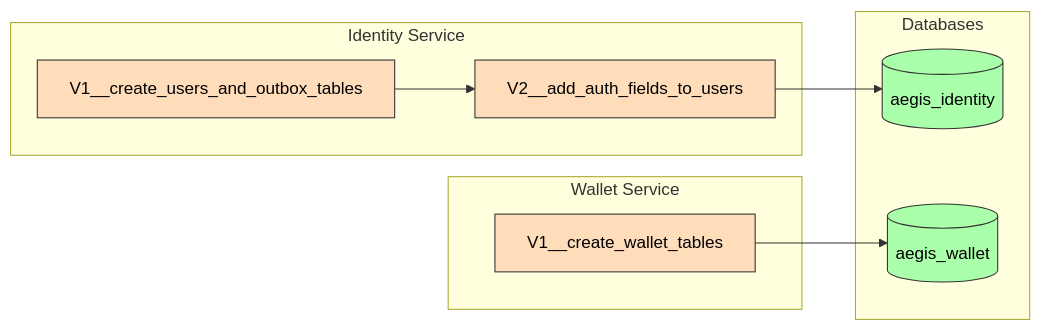
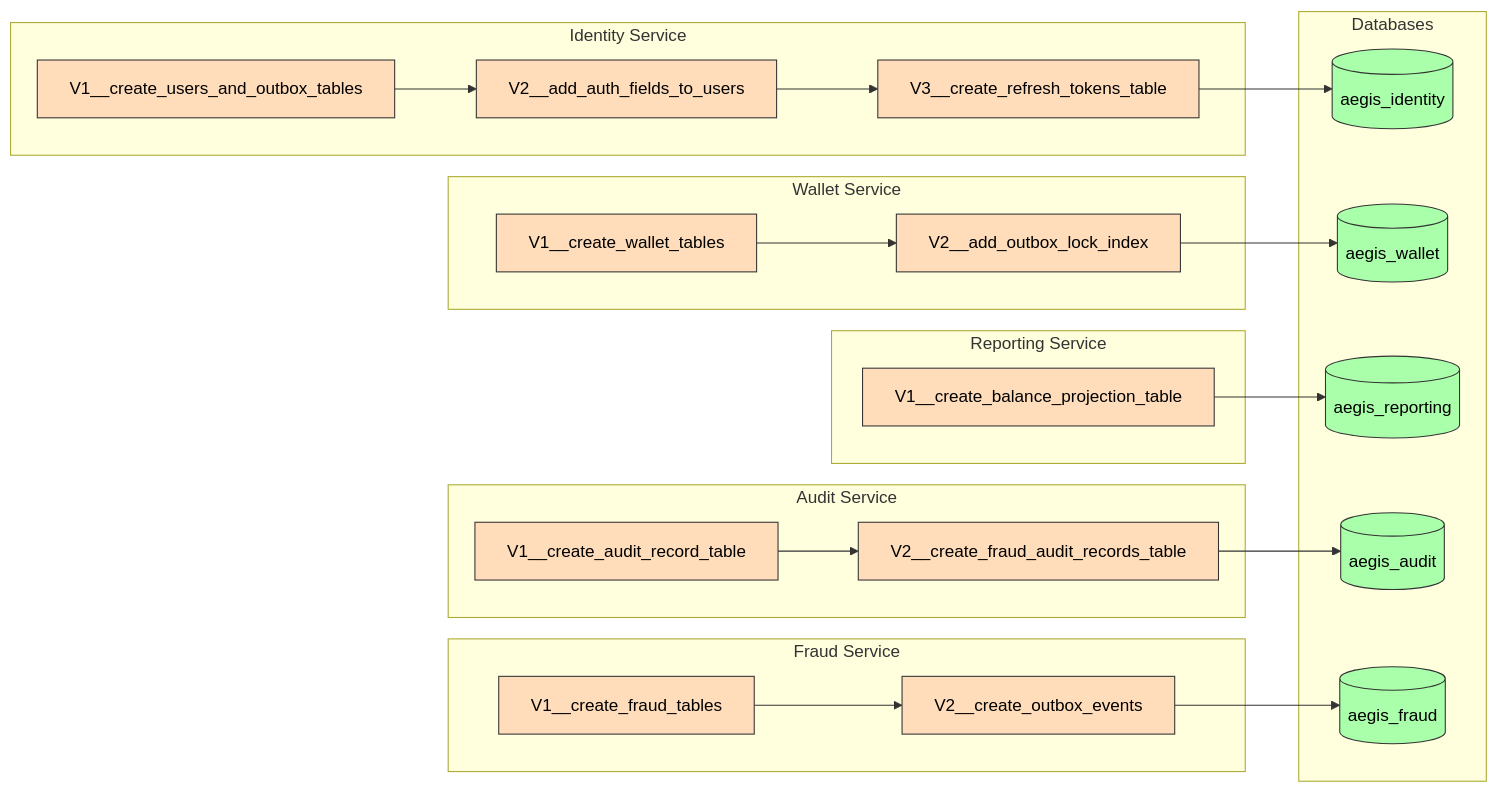
The diagram in docs/obsidian/05 - Infrastructure/Flyway Migrations.md (AlexAlvarezGallardo-GitHub/Aegis), drawn with Mermaid before and after one commit. The commit also changed other lines of this file and 3 other files, not shown here.

````diff
--- a/docs/obsidian/05 - Infrastructure/Flyway Migrations.md
+++ b/docs/obsidian/05 - Infrastructure/Flyway Migrations.md
@@ -9,22 +9,54 @@
 ```mermaid
 graph LR
     subgraph "Identity Service"
         IV1["V1__create_users_and_outbox_tables"]
         IV2["V2__add_auth_fields_to_users"]
-        IV1 --> IV2
+        IV3["V3__create_refresh_tokens_table"]
+        IV1 --> IV2 --> IV3
     end
     subgraph "Wallet Service"
         WV1["V1__create_wallet_tables"]
+        WV2["V2__add_outbox_lock_index"]
+        WV1 --> WV2
+    end
+    subgraph "Reporting Service"
+        RV1["V1__create_balance_projection_table"]
+    end
+    subgraph "Audit Service"
+        AV1["V1__create_audit_record_table"]
+        AV2["V2__create_fraud_audit_records_table"]
+        AV1 --> AV2
+    end
+    subgraph "Fraud Service"
+        FV1["V1__create_fraud_tables"]
+        FV2["V2__create_outbox_events"]
+        FV1 --> FV2
     end
     subgraph "Databases"
         IDDB[(aegis_identity)]
         WDB[(aegis_wallet)]
+        RDB[(aegis_reporting)]
+        ADB[(aegis_audit)]
+        FDB[(aegis_fraud)]
     end
-    IV2 --> IDDB
-    WV1 --> WDB
+    IV3 --> IDDB
+    WV2 --> WDB
+    RV1 --> RDB
+    AV2 --> ADB
+    FV2 --> FDB
     style IDDB fill:#afa,stroke:#333,color:#000
     style WDB fill:#afa,stroke:#333,color:#000
+    style RDB fill:#afa,stroke:#333,color:#000
+    style ADB fill:#afa,stroke:#333,color:#000
+    style FDB fill:#afa,stroke:#333,color:#000
     style IV1 fill:#fdb,stroke:#333,color:#000
     style IV2 fill:#fdb,stroke:#333,color:#000
+    style IV3 fill:#fdb,stroke:#333,color:#000
     style WV1 fill:#fdb,stroke:#333,color:#000
+    style WV2 fill:#fdb,stroke:#333,color:#000
+    style RV1 fill:#fdb,stroke:#333,color:#000
+    style AV1 fill:#fdb,stroke:#333,color:#000
+    style AV2 fill:#fdb,stroke:#333,color:#000
+    style FV1 fill:#fdb,stroke:#333,color:#000
+    style FV2 fill:#fdb,stroke:#333,color:#000
 ```
````
